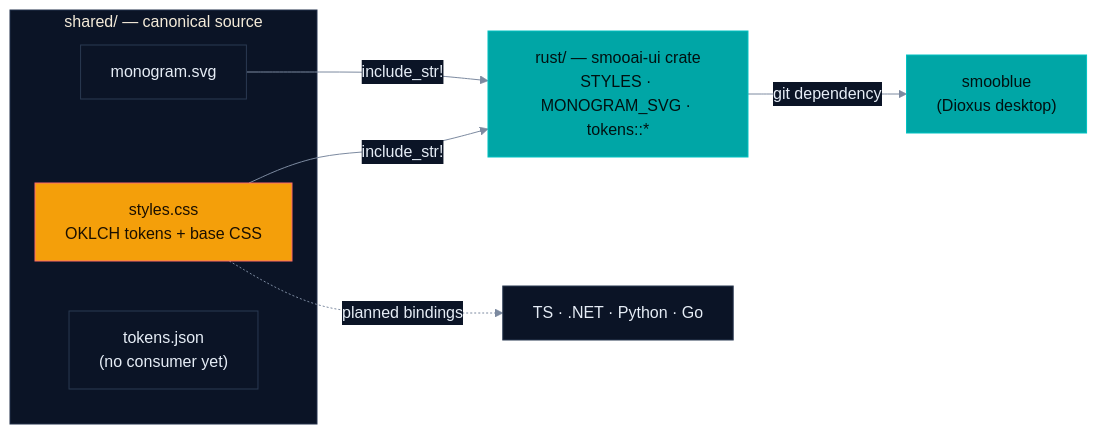
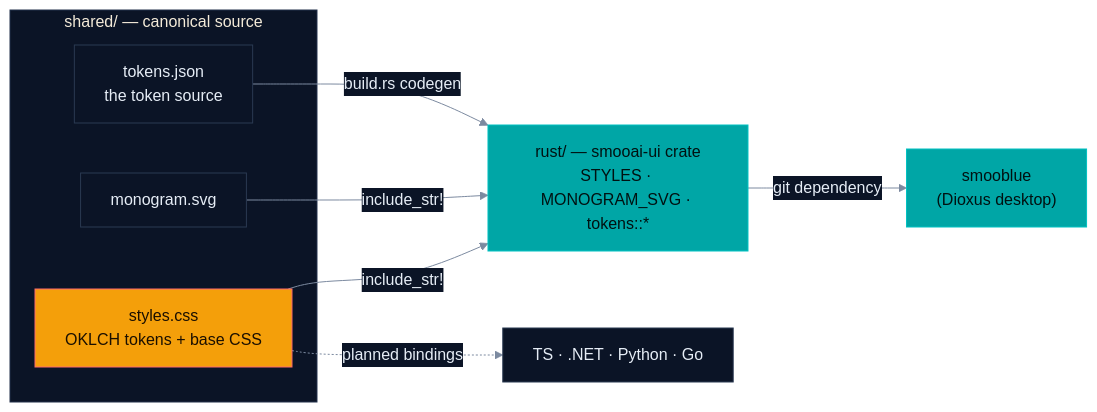
One commit to SmooAI/ui changed the diagram in README.md. Above: the diagram before and after it, drawn with Mermaid. The commit also changed other lines of this file and 8 other files, not shown here.

````diff
--- a/README.md
+++ b/README.md
@@ -38,21 +38,22 @@
 ```mermaid
 %%{init: {'theme':'base','themeVariables':{
   'background':'#020618','primaryColor':'#0b1426','primaryTextColor':'#e6edf6','primaryBorderColor':'#2b3a52',
   'lineColor':'#7c8aa0','secondaryColor':'#0b1426','tertiaryColor':'#0b1426','fontFamily':'ui-sans-serif, system-ui, sans-serif',
   'clusterBkg':'#0b1426','clusterBorder':'#22304a'}}}%%
 flowchart LR
   subgraph SRC["shared/ — canonical source"]
     CSS["styles.css<br/>OKLCH tokens + base CSS"]
     SVG["monogram.svg"]
-    JSON["tokens.json<br/>(no consumer yet)"]
+    JSON["tokens.json<br/>the token source"]
   end
   CSS -->|"include_str!"| RS["rust/ — smooai-ui crate<br/>STYLES · MONOGRAM_SVG · tokens::*"]
   SVG -->|"include_str!"| RS
+  JSON -->|"build.rs codegen"| RS
   RS -->|"git dependency"| BLUE["smooblue<br/>(Dioxus desktop)"]
   CSS -.->|"planned bindings"| FUT["TS · .NET · Python · Go"]
 
   classDef warm fill:#f49f0a,stroke:#ff6b6c,color:#1a0f00;
   classDef teal fill:#00a6a6,stroke:#00c2c2,color:#011;
   class CSS warm
   class RS,BLUE teal
 ```
````
